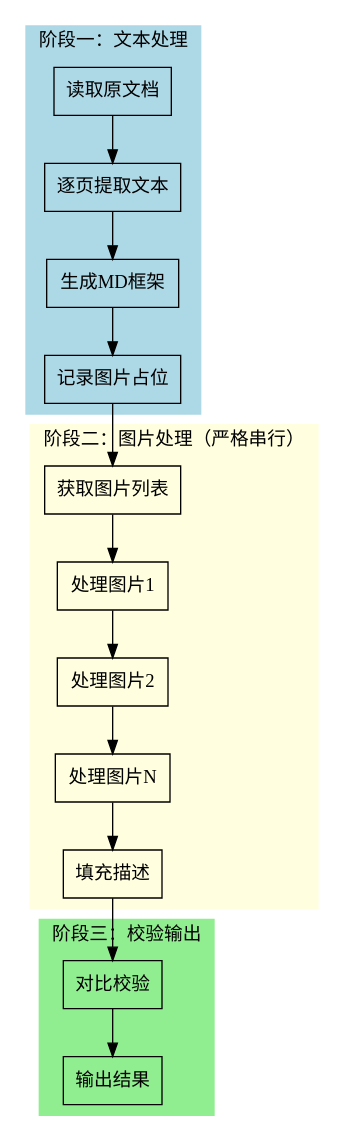
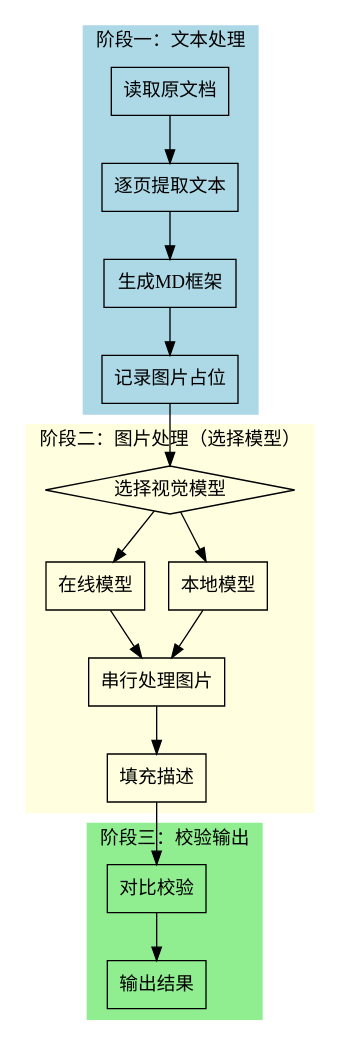
One commit to wg-guarantee/AI-workflow-skills changed the diagram in doc2md/SKILL.md. Above: the diagram before and after it, drawn with Graphviz. The commit also changed other lines of this file and 1 other file, not shown here.

````diff
--- a/doc2md/SKILL.md
+++ b/doc2md/SKILL.md
@@ -27,48 +44,49 @@
 ```dot
 digraph doc2md {
     rankdir=TB;
 
     subgraph cluster_phase1 {
         label="阶段一：文本处理";
         style=filled;
         color=lightblue;
         "读取原文档" [shape=box];
         "逐页提取文本" [shape=box];
         "生成MD框架" [shape=box];
         "记录图片占位" [shape=box];
 
         "读取原文档" -> "逐页提取文本";
         "逐页提取文本" -> "生成MD框架";
         "生成MD框架" -> "记录图片占位";
     }
 
     subgraph cluster_phase2 {
-        label="阶段二：图片处理（严格串行）";
+        label="阶段二：图片处理（选择模型）";
         style=filled;
         color=lightyellow;
-        "获取图片列表" [shape=box];
-        "处理图片1" [shape=box];
-        "处理图片2" [shape=box];
-        "处理图片N" [shape=box];
+        "选择视觉模型" [shape=diamond];
+        "在线模型" [shape=box];
+        "本地模型" [shape=box];
+        "串行处理图片" [shape=box];
         "填充描述" [shape=box];
 
-        "获取图片列表" -> "处理图片1";
-        "处理图片1" -> "处理图片2";
-        "处理图片2" -> "处理图片N";
-        "处理图片N" -> "填充描述";
+        "选择视觉模型" -> "在线模型";
+        "选择视觉模型" -> "本地模型";
+        "在线模型" -> "串行处理图片";
+        "本地模型" -> "串行处理图片";
+        "串行处理图片" -> "填充描述";
     }
 
     subgraph cluster_phase3 {
         label="阶段三：校验输出";
         style=filled;
         color=lightgreen;
         "对比校验" [shape=box];
         "输出结果" [shape=box];
 
         "对比校验" -> "输出结果";
     }
 
-    "记录图片占位" -> "获取图片列表";
+    "记录图片占位" -> "选择视觉模型";
     "填充描述" -> "对比校验";
 }
 ```
````
